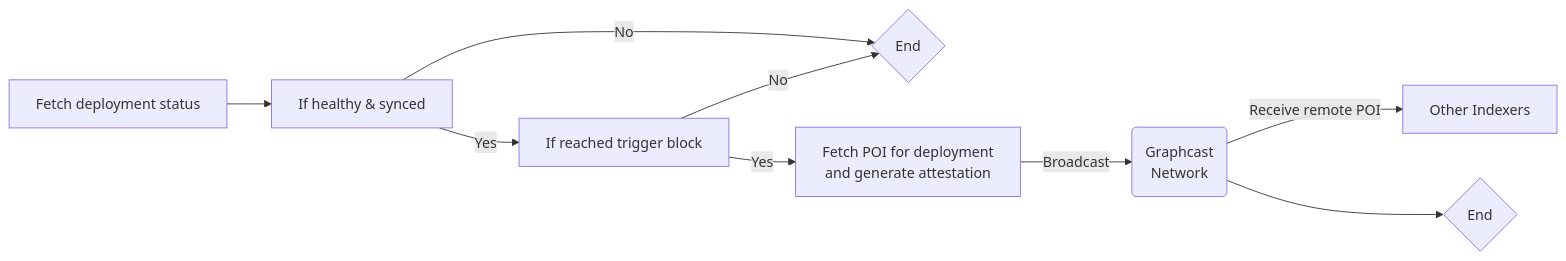
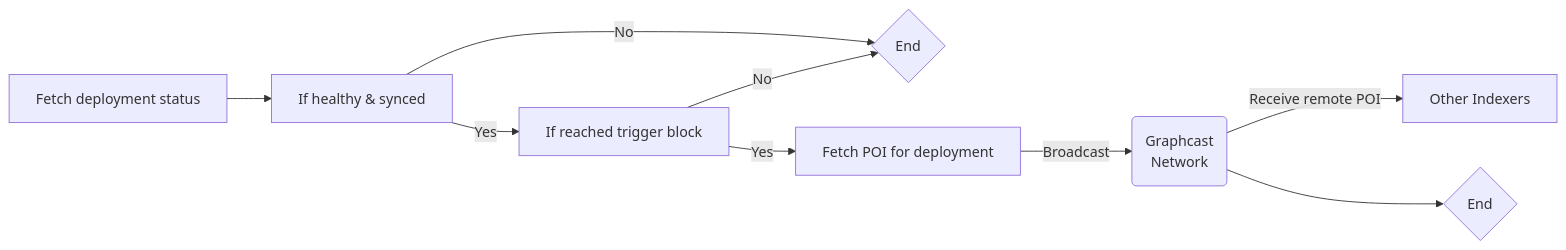
The third of 4 diagrams in docs/graphcast/radios/poi-radio.md (graphops/docs), drawn with Mermaid before and after one commit. The commit also changed other lines of this file and 1 other file, not shown here.

Commit message:
feat: address hope diagram feedback

````diff
--- a/docs/graphcast/radios/poi-radio.md
+++ b/docs/graphcast/radios/poi-radio.md
@@ -214,11 +212,11 @@
 ```mermaid
 flowchart LR
     a[Fetch deployment status] --> b[If healthy & synced]
     b -->|No| eee{End}
     b -->|Yes| c[If reached trigger block]
     c -->|No| eee
-    c -->|Yes| d[Fetch POI for deployment\nand generate attestation]
+    c -->|Yes| d[Fetch POI for deployment]
     d -->|Broadcast| n(Graphcast\nNetwork)
     n -->|Receive remote POI| o[Other Indexers]
     n --> x{End}
 ```
````
